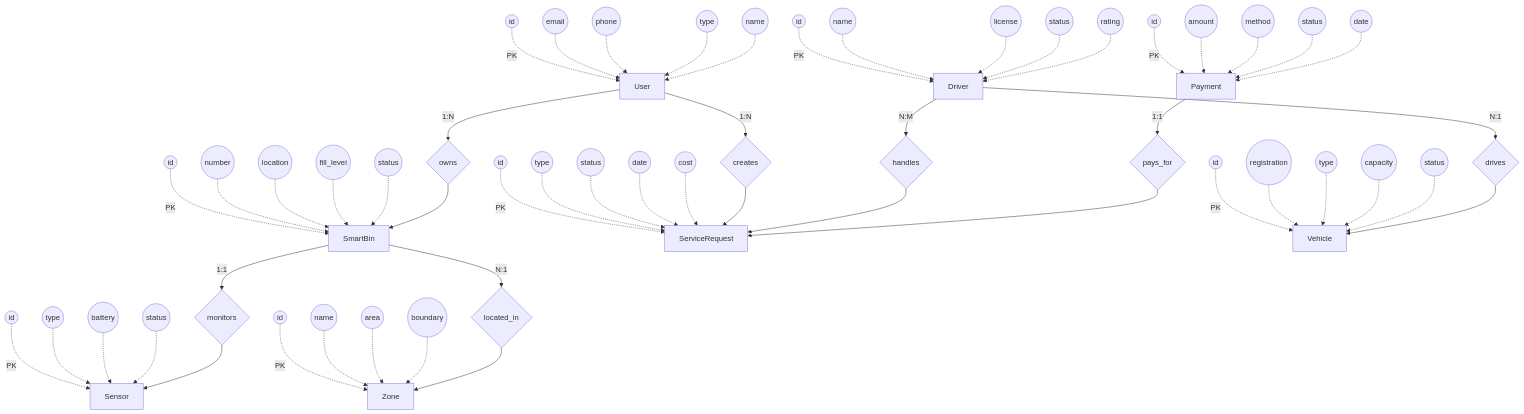
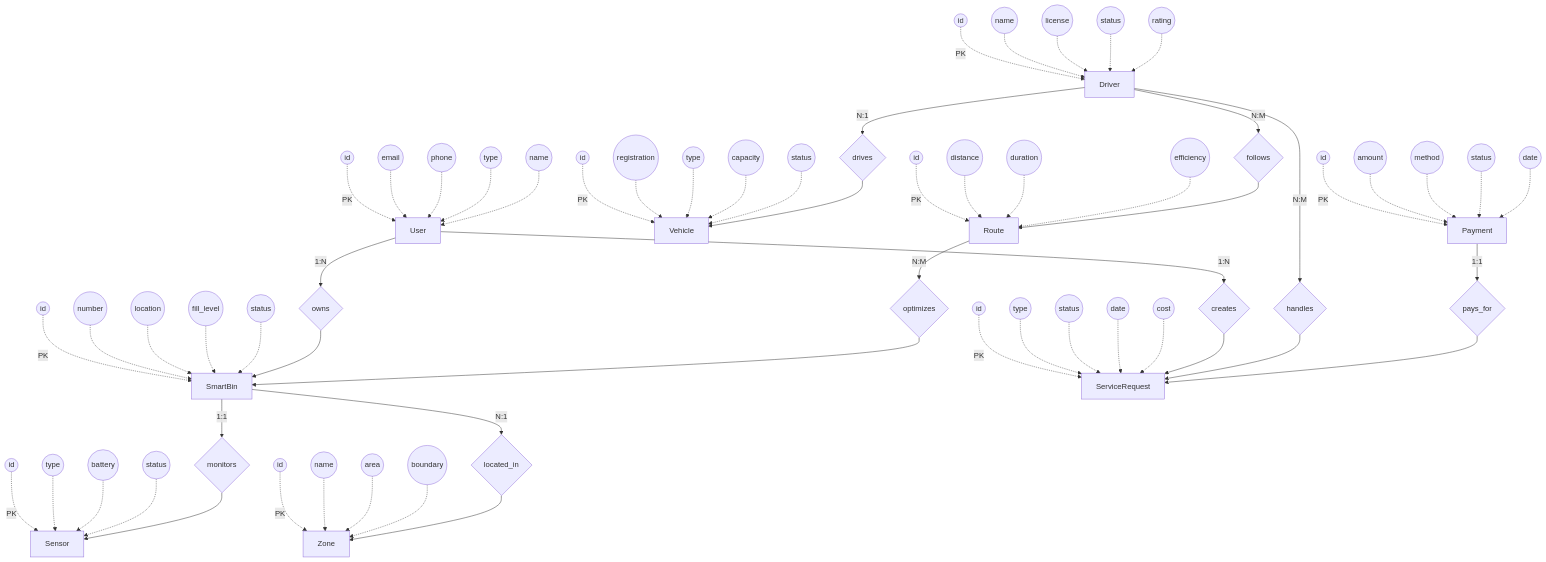
One commit to Ellis-Ayikwei/waste-wise changed the first of 10 diagrams in documentation/wasgo-erd.md. Above: the diagram before and after it, drawn with Mermaid. The commit also changed other lines of this file and 4 other files, not shown here.

````diff
--- a/documentation/wasgo-erd.md
+++ b/documentation/wasgo-erd.md
@@ -117,6 +117,18 @@
     s_battery -.-> Sensor
     s_status -.-> Sensor
     
+    %% ROUTE ENTITY WITH ATTRIBUTES
+    Route[Route]
+    rt_id((id))
+    rt_distance((distance))
+    rt_duration((duration))
+    rt_efficiency((efficiency))
+    
+    rt_id -.->|PK| Route
+    rt_distance -.-> Route
+    rt_duration -.-> Route
+    rt_efficiency -.-> Route
+    
     %% MAIN RELATIONSHIPS
     owns{owns}
     creates{creates}
@@ -125,12 +137,16 @@
     drives{drives}
     pays_for{pays_for}
     located_in{located_in}
+    follows{follows}
+    optimizes{optimizes}
     
     User -->|1:N| owns --> SmartBin
     User -->|1:N| creates --> ServiceRequest
     SmartBin -->|1:1| monitors --> Sensor
     Driver -->|N:M| handles --> ServiceRequest
     Driver -->|N:1| drives --> Vehicle
+    Driver -->|N:M| follows --> Route
+    Route -->|N:M| optimizes --> SmartBin
     Payment -->|1:1| pays_for --> ServiceRequest
     SmartBin -->|N:1| located_in --> Zone
 ```
````
